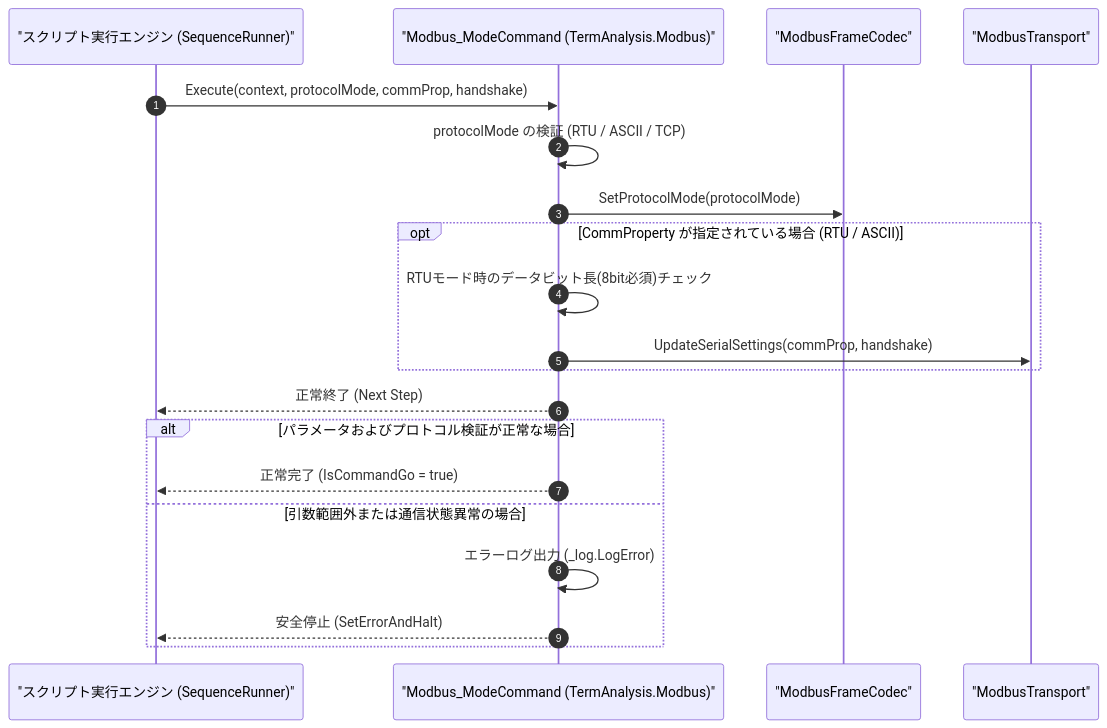
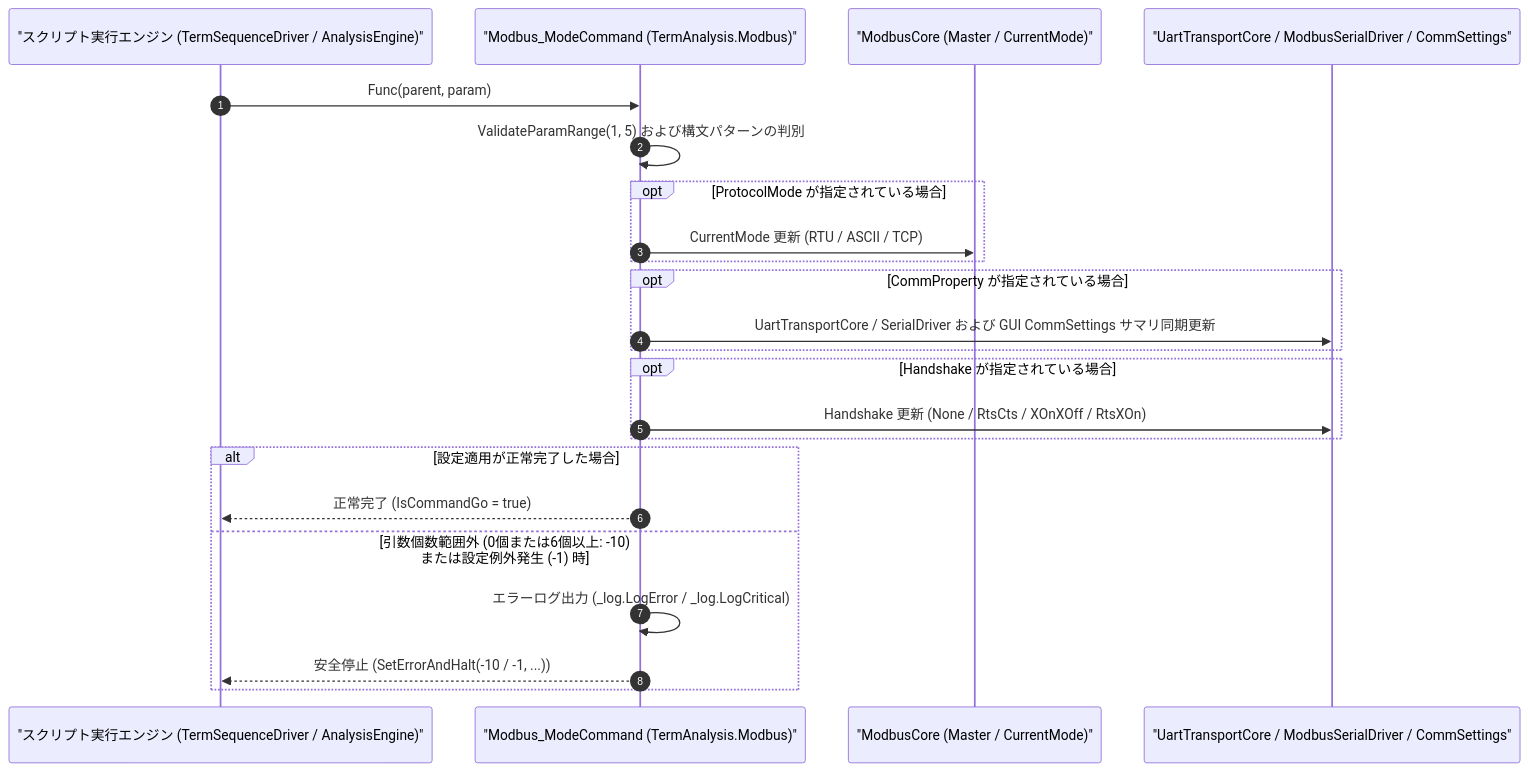
The diagram in Manual/Modbus/Modbus_Mode.Md (Monaca-App/TermAddIn), drawn with Mermaid before and after one commit. The commit also changed other lines of this file and 157 other files, not shown here.

````diff
--- a/Manual/Modbus/Modbus_Mode.Md
+++ b/Manual/Modbus/Modbus_Mode.Md
@@ -77,23 +89,26 @@
 ```mermaid
 sequenceDiagram
     autonumber
-    participant Script as "スクリプト実行エンジン (SequenceRunner)"
+    participant Script as "スクリプト実行エンジン (TermSequenceDriver / AnalysisEngine)"
     participant Cmd as "Modbus_ModeCommand (TermAnalysis.Modbus)"
-    participant Codec as "ModbusFrameCodec"
-    participant Trans as "ModbusTransport"
+    participant Core as "ModbusCore (Master / CurrentMode)"
+    participant Trans as "UartTransportCore / ModbusSerialDriver / CommSettings"
 
-    Script->>Cmd: Execute(context, protocolMode, commProp, handshake)
-    Cmd->>Cmd: protocolMode の検証 (RTU / ASCII / TCP)
-    Cmd->>Codec: SetProtocolMode(protocolMode)
-    opt CommProperty が指定されている場合 (RTU / ASCII)
-        Cmd->>Cmd: RTUモード時のデータビット長(8bit必須)チェック
-        Cmd->>Trans: UpdateSerialSettings(commProp, handshake)
+    Script->>Cmd: Func(parent, param)
+    Cmd->>Cmd: ValidateParamRange(1, 5) および構文パターンの判別
+    opt ProtocolMode が指定されている場合
+        Cmd->>Core: CurrentMode 更新 (RTU / ASCII / TCP)
     end
-    Cmd-->>Script: 正常終了 (Next Step)
-    alt パラメータおよびプロトコル検証が正常な場合
+    opt CommProperty が指定されている場合
+        Cmd->>Trans: UartTransportCore / SerialDriver および GUI CommSettings サマリ同期更新
+    end
+    opt Handshake が指定されている場合
+        Cmd->>Trans: Handshake 更新 (None / RtsCts / XOnXOff / RtsXOn)
+    end
+    alt 設定適用が正常完了した場合
         Cmd-->>Script: 正常完了 (IsCommandGo = true)
-    else 引数範囲外または通信状態異常の場合
-        Cmd->>Cmd: エラーログ出力 (_log.LogError)
-        Cmd-->>Script: 安全停止 (SetErrorAndHalt)
+    else 引数個数範囲外 (0個または6個以上: -10) または設定例外発生 (-1) 時
+        Cmd->>Cmd: エラーログ出力 (_log.LogError / _log.LogCritical)
+        Cmd-->>Script: 安全停止 (SetErrorAndHalt(-10 / -1, ...))
     end
 ```
````
